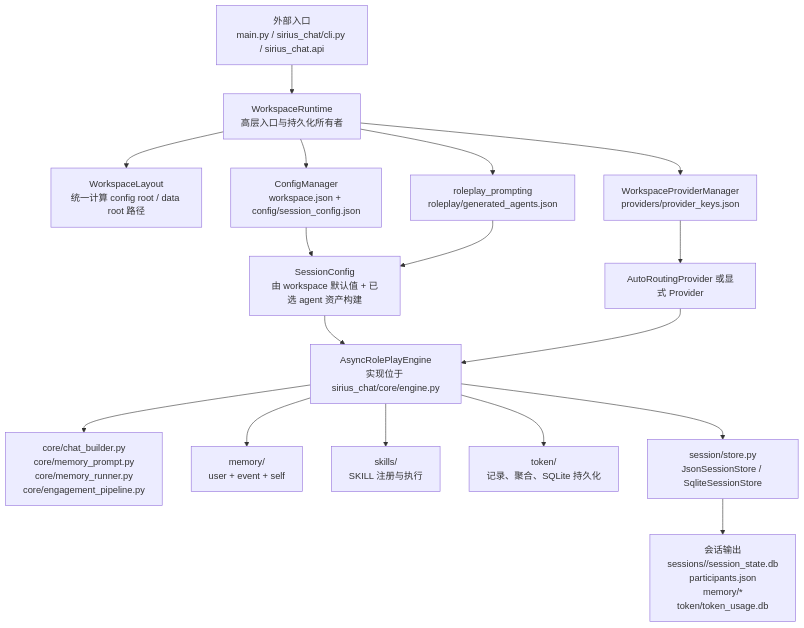
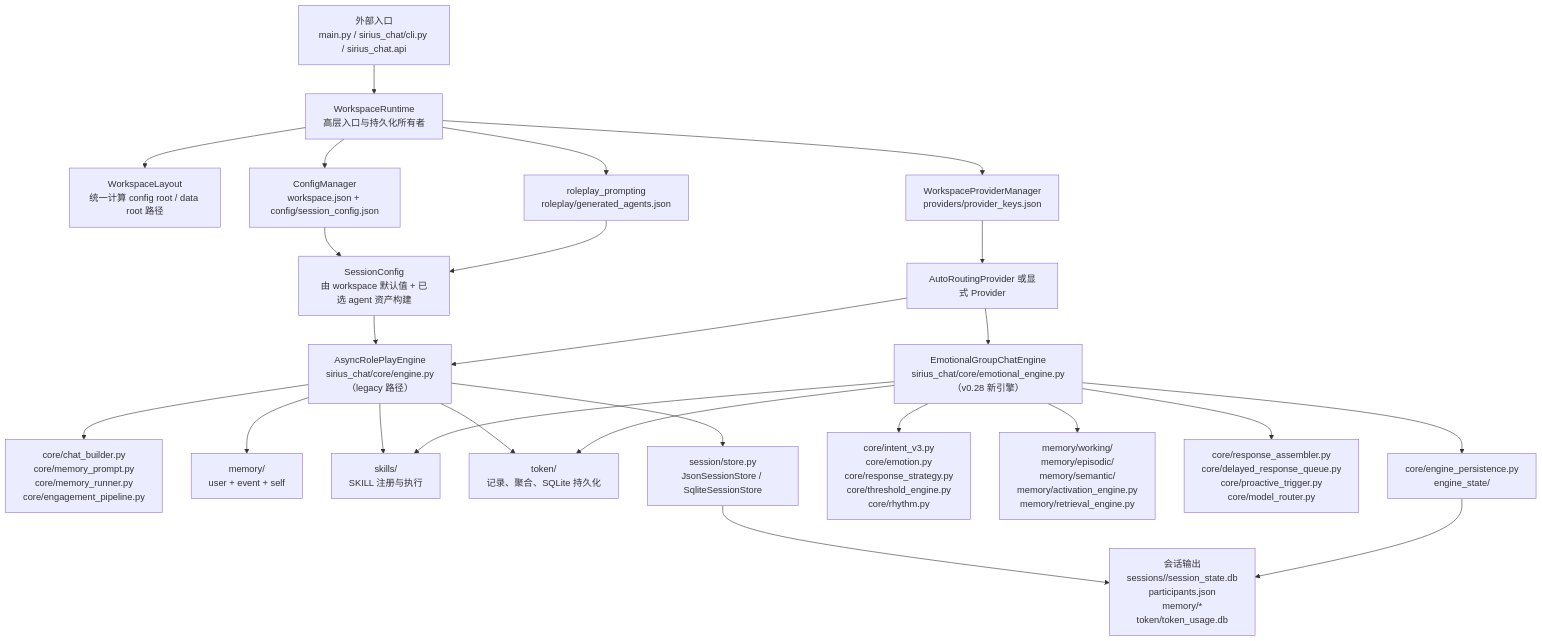
One commit to Sparrived/SiriusChat changed the first of 6 diagrams in docs/full-architecture-flow.md. Above: the diagram before and after it, drawn with Mermaid. The commit also changed other lines of this file and 2 other files, not shown here.

First line of the commit message:
docs(v0.28): comprehensive documentation update for emotional engine

````diff
--- a/docs/full-architecture-flow.md
+++ b/docs/full-architecture-flow.md
@@ -14,21 +19,30 @@
 ```mermaid
 flowchart TD
   Entry["外部入口\nmain.py / sirius_chat/cli.py / sirius_chat.api"] --> Runtime["WorkspaceRuntime\n高层入口与持久化所有者"]
   Runtime --> Layout["WorkspaceLayout\n统一计算 config root / data root 路径"]
   Runtime --> Config["ConfigManager\nworkspace.json + config/session_config.json"]
   Runtime --> ProviderMgr["WorkspaceProviderManager\nproviders/provider_keys.json"]
   Runtime --> Roleplay["roleplay_prompting\nroleplay/generated_agents.json"]
   Config --> SessionCfg["SessionConfig\n由 workspace 默认值 + 已选 agent 资产构建"]
   ProviderMgr --> Provider["AutoRoutingProvider 或显式 Provider"]
   Roleplay --> SessionCfg
-  SessionCfg --> Engine["AsyncRolePlayEngine\n实现位于 sirius_chat/core/engine.py"]
-  Provider --> Engine
 
-  Engine --> CoreHelpers["core/chat_builder.py\ncore/memory_prompt.py\ncore/memory_runner.py\ncore/engagement_pipeline.py"]
-  Engine --> Memory["memory/\nuser + event + self"]
-  Engine --> Skills["skills/\nSKILL 注册与执行"]
-  Engine --> Token["token/\n记录、聚合、SQLite 持久化"]
-  Engine --> SessionStore["session/store.py\nJsonSessionStore / SqliteSessionStore"]
+  SessionCfg --> LegacyEngine["AsyncRolePlayEngine\nsirius_chat/core/engine.py\n（legacy 路径）"]
+  Provider --> LegacyEngine
+  LegacyEngine --> CoreHelpers["core/chat_builder.py\ncore/memory_prompt.py\ncore/memory_runner.py\ncore/engagement_pipeline.py"]
+  LegacyEngine --> LegacyMemory["memory/\nuser + event + self"]
+  LegacyEngine --> Skills["skills/\nSKILL 注册与执行"]
+  LegacyEngine --> Token["token/\n记录、聚合、SQLite 持久化"]
+  LegacyEngine --> SessionStore["session/store.py\nJsonSessionStore / SqliteSessionStore"]
+
+  Provider --> EmotionalEngine["EmotionalGroupChatEngine\nsirius_chat/core/emotional_engine.py\n（v0.28 新引擎）"]
+  EmotionalEngine --> NewCognitive["core/intent_v3.py\ncore/emotion.py\ncore/response_strategy.py\ncore/threshold_engine.py\ncore/rhythm.py"]
+  EmotionalEngine --> NewMemory["memory/working/\nmemory/episodic/\nmemory/semantic/\nmemory/activation_engine.py\nmemory/retrieval_engine.py"]
+  EmotionalEngine --> NewExecution["core/response_assembler.py\ncore/delayed_response_queue.py\ncore/proactive_trigger.py\ncore/model_router.py"]
+  EmotionalEngine --> Skills
+  EmotionalEngine --> Token
+  EmotionalEngine --> EngineState["core/engine_persistence.py\nengine_state/"]
 
   SessionStore --> Outputs["会话输出\nsessions/<session_id>/session_state.db\nparticipants.json\nmemory/*\ntoken/token_usage.db"]
+  EngineState --> Outputs
 ```
````
